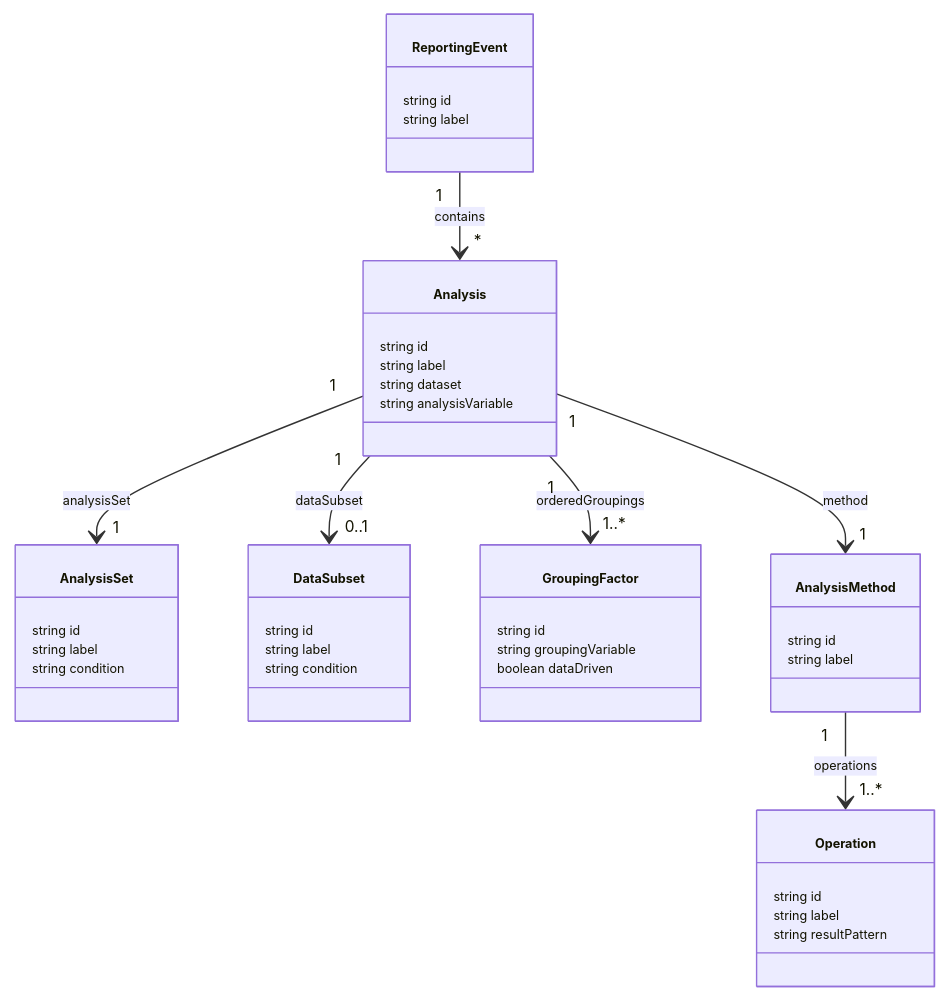
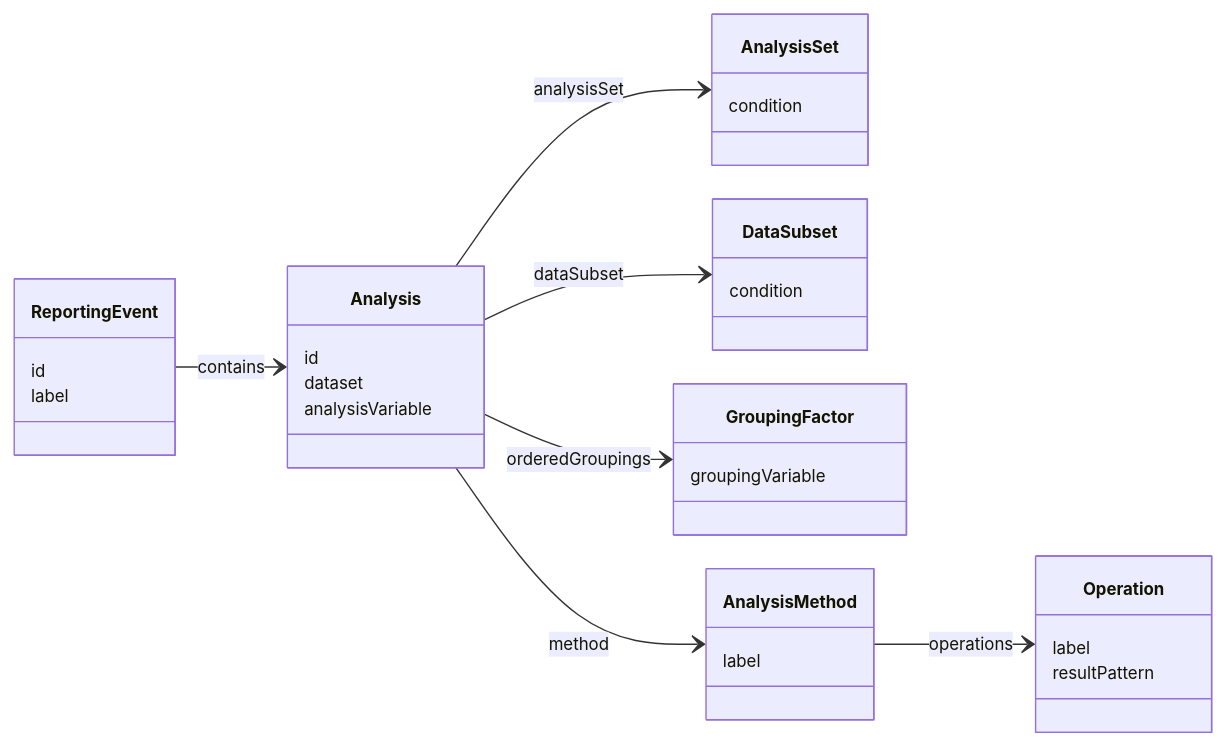
One commit to rinpharma/analysis_results_26_eu changed the diagram in ars.qmd. Above: the diagram before and after it, drawn with Mermaid. The commit also changed other lines of this file and 3 other files, not shown here.

````diff
--- a/ars.qmd
+++ b/ars.qmd
@@ -341,47 +443,38 @@
 ```{mermaid}
-%%{init: {'theme':'default', 'themeVariables': { 'fontSize':'9px', 'fontFamily':'arial'}}}%%
+%%{init: {'theme':'default', 'flowchart': {'nodeSpacing': 24, 'rankSpacing': 32}, 'themeVariables': { 'fontSize':'12px', 'fontFamily':'arial'}}}%%
 classDiagram
-    direction TB
+  direction LR
 
     class ReportingEvent {
-        string id
-        string label
+    id
+    label
     }
     class Analysis {
-        string id
-        string label
-        string dataset
-        string analysisVariable
+    id
+    dataset
+    analysisVariable
     }
     class AnalysisSet {
-        string id
-        string label
-        string condition
+    condition
     }
     class DataSubset {
-        string id
-        string label
-        string condition
+    condition
     }
     class GroupingFactor {
-        string id
-        string groupingVariable
-        boolean dataDriven
+    groupingVariable
     }
     class AnalysisMethod {
-        string id
-        string label
+    label
     }
     class Operation {
-        string id
-        string label
-        string resultPattern
+    label
+    resultPattern
     }
 
-    ReportingEvent "1" --> "*" Analysis : contains
-    Analysis "1" --> "1" AnalysisSet : analysisSet
-    Analysis "1" --> "0..1" DataSubset : dataSubset
-    Analysis "1" --> "1..*" GroupingFactor : orderedGroupings
-    Analysis "1" --> "1" AnalysisMethod : method
-    AnalysisMethod "1" --> "1..*" Operation : operations
+    ReportingEvent --> Analysis : contains
+    Analysis --> AnalysisSet : analysisSet
+    Analysis --> DataSubset : dataSubset
+    Analysis --> GroupingFactor : orderedGroupings
+    Analysis --> AnalysisMethod : method
+    AnalysisMethod --> Operation : operations
 ```
````
